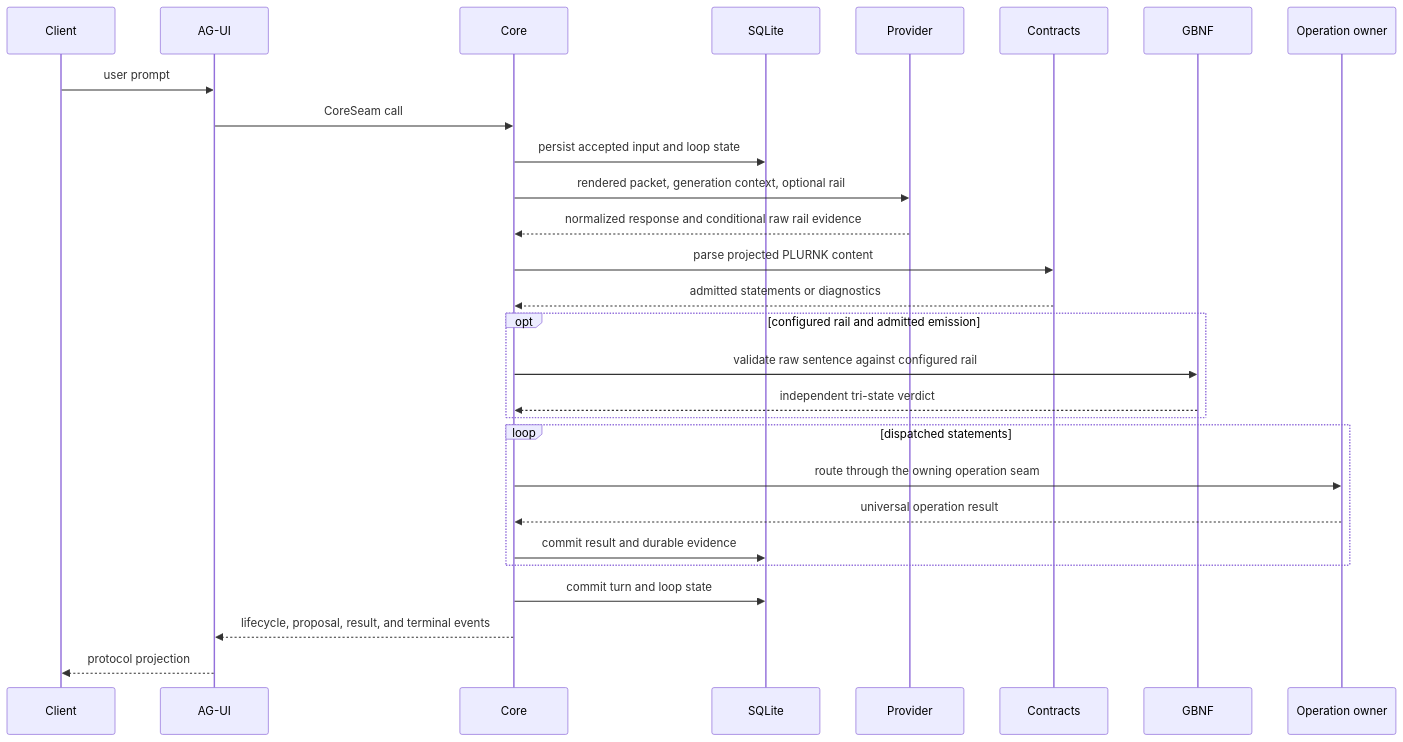
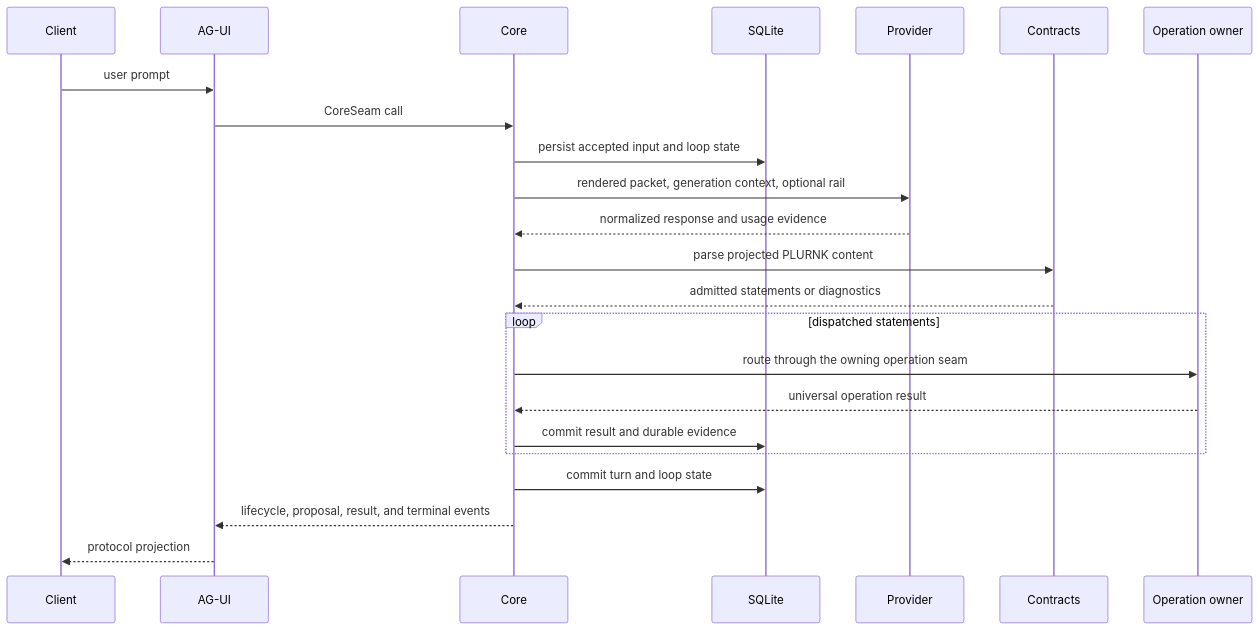
Before and after one commit to plurnk/plurnk-service: the fourth of 4 diagrams in ARCHITECTURE.md, drawn with Mermaid. The commit also changed other lines of this file and 1 other file, not shown here.

Commit message:
docs: correct architecture emphasis (#26)

````diff
--- a/ARCHITECTURE.md
+++ b/ARCHITECTURE.md
@@ -170,31 +138,26 @@
 ```mermaid
 sequenceDiagram
     participant Client
     participant AGUI as AG-UI
     participant Core
     participant Store as SQLite
     participant Provider
     participant Contracts
-    participant GBNF
     participant Owner as Operation owner
 
     Client->>AGUI: user prompt
     AGUI->>Core: CoreSeam call
     Core->>Store: persist accepted input and loop state
     Core->>Provider: rendered packet, generation context, optional rail
-    Provider-->>Core: normalized response and conditional raw rail evidence
+    Provider-->>Core: normalized response and usage evidence
     Core->>Contracts: parse projected PLURNK content
     Contracts-->>Core: admitted statements or diagnostics
-    opt configured rail and admitted emission
-        Core->>GBNF: validate raw sentence against configured rail
-        GBNF-->>Core: independent tri-state verdict
-    end
     loop dispatched statements
         Core->>Owner: route through the owning operation seam
         Owner-->>Core: universal operation result
         Core->>Store: commit result and durable evidence
     end
     Core->>Store: commit turn and loop state
     Core-->>AGUI: lifecycle, proposal, result, and terminal events
     AGUI-->>Client: protocol projection
 ```
````
